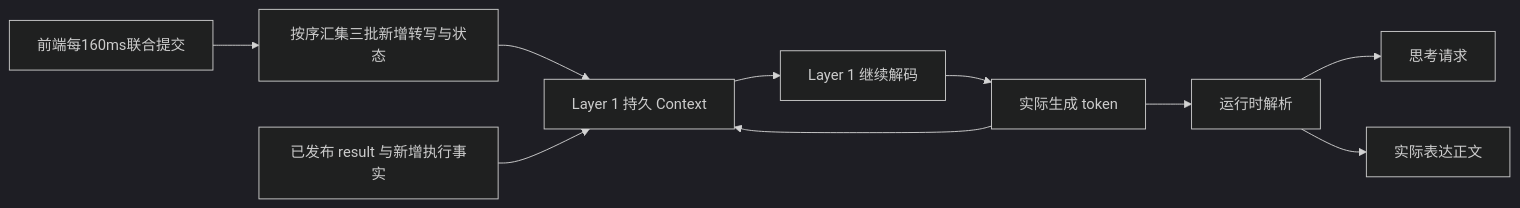
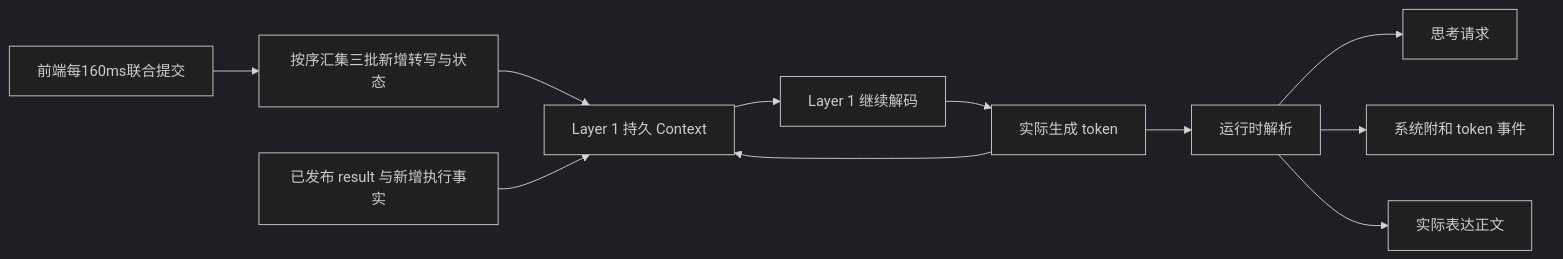
The diagram in docs/dev/layer1/protocol.md (Vitalrubbish/InterClarify), drawn with Mermaid (dark theme) before and after one commit. The commit also changed other lines of this file and 15 other files, not shown here.

````diff
--- a/docs/dev/layer1/protocol.md
+++ b/docs/dev/layer1/protocol.md
@@ -9,12 +9,13 @@
 ```mermaid
 flowchart LR
     F[前端每160ms联合提交] --> A[按序汇集三批新增转写与状态]
     A --> C[Layer 1 持久 Context]
     R[已发布 result 与新增执行事实] --> C
     C --> L[Layer 1 继续解码]
     L --> G[实际生成 token]
     G --> C
     G --> P[运行时解析]
     P --> T[思考请求]
+    P --> B[系统附和 token 事件]
     P --> O[实际表达正文]
 ```
````
